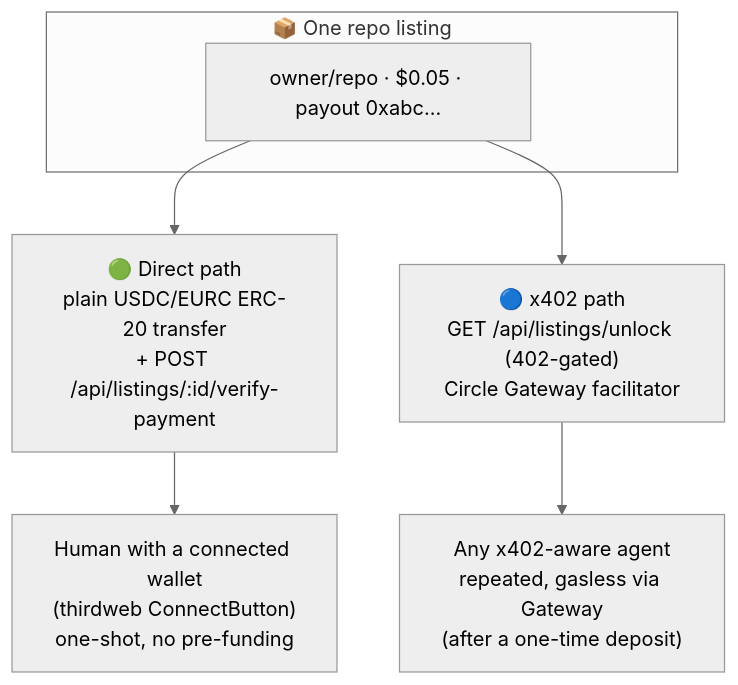
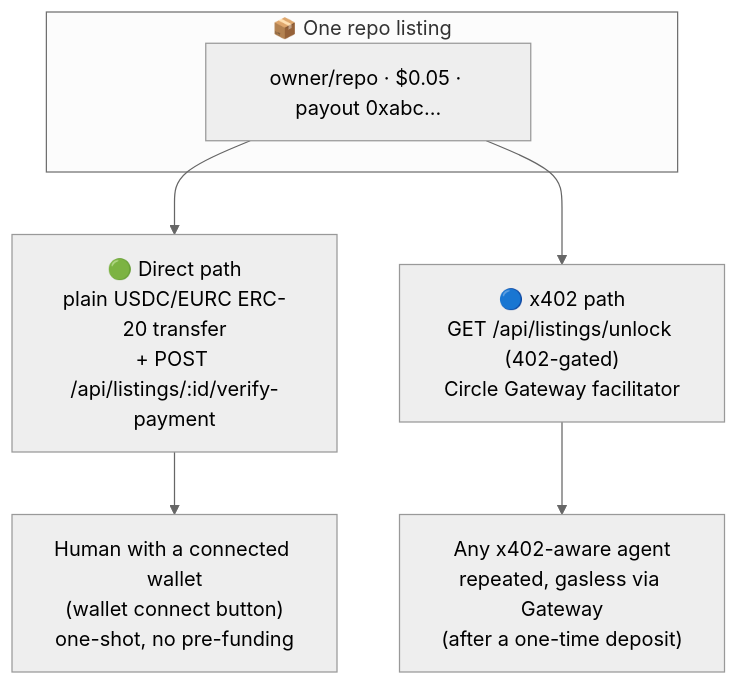
The third of 8 diagrams in README.md (vm06007/margit), drawn with Mermaid (neutral theme) before and after one commit. The commit also changed other lines of this file and 5 other files, not shown here.

````diff
--- a/README.md
+++ b/README.md
@@ -120,12 +120,12 @@
 ```mermaid
 flowchart TD
     subgraph Listing["📦 One repo listing"]
         L[owner/repo · $0.05 · payout 0xabc...]
     end
 
     L --> Direct["🟢 Direct path<br/>plain USDC/EURC ERC-20 transfer<br/>+ POST /api/listings/:id/verify-payment"]
     L --> X402["🔵 x402 path<br/>GET /api/listings/unlock (402-gated)<br/>Circle Gateway facilitator"]
 
-    Direct --> Human["Human with a connected wallet<br/>(thirdweb ConnectButton)<br/>one-shot, no pre-funding"]
+    Direct --> Human["Human with a connected wallet<br/>(wallet connect button)<br/>one-shot, no pre-funding"]
     X402 --> Agent["Any x402-aware agent<br/>repeated, gasless via Gateway<br/>(after a one-time deposit)"]
 ```
````
